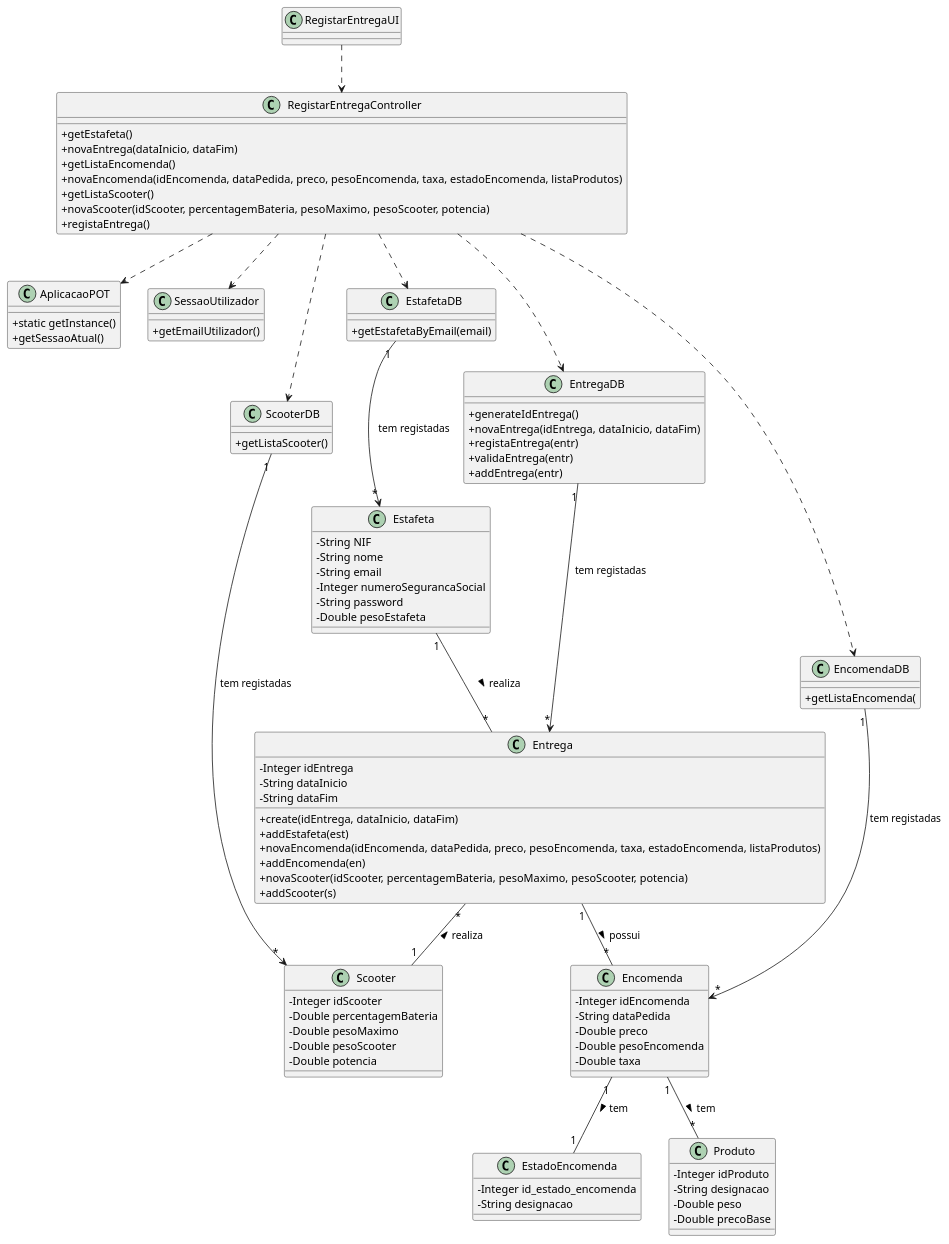
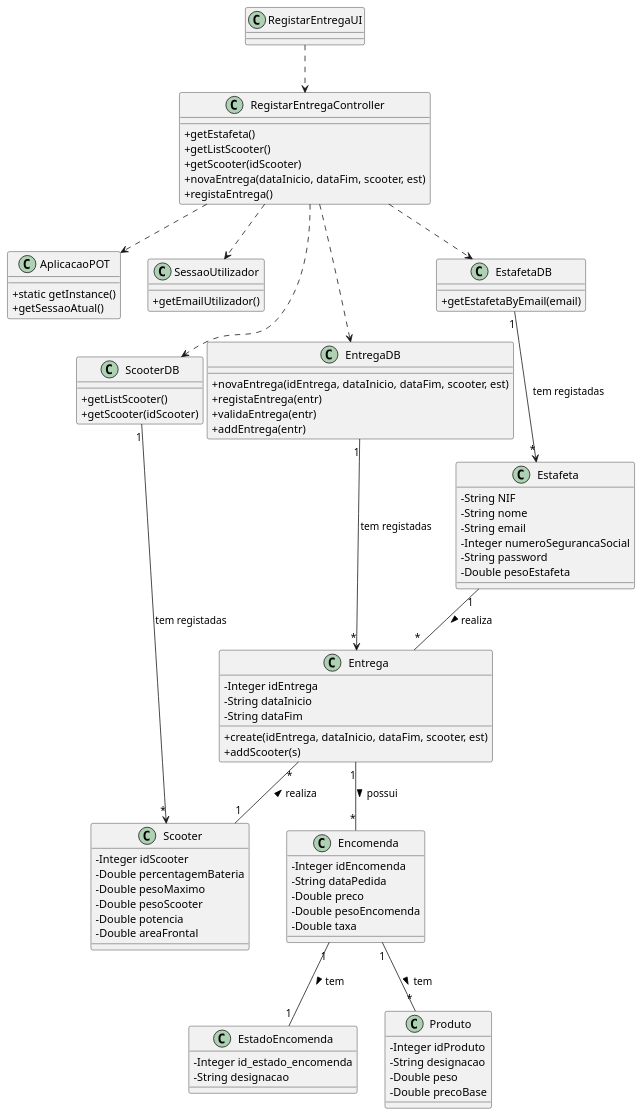
One commit to pedrolemos4/LAPR3 changed the diagram in docs/UC14/RegistoEntregaCD.puml. Above: the diagram before and after it, drawn with PlantUML. The commit also changed 7 other files, not shown here.

```diff
--- a/docs/UC14/RegistoEntregaCD.puml
+++ b/docs/UC14/RegistoEntregaCD.puml
@@ -1,114 +1,104 @@
 @startuml
 skinparam classAttributeIconSize 0
 
 class AplicacaoPOT{
   +static getInstance()
   +getSessaoAtual()
 }
 
 class SessaoUtilizador{
   +getEmailUtilizador()
 }
 
 class ScooterDB {
-  +getListaScooter()
+  +getListScooter()
+  +getScooter(idScooter)
 }
 
-class EncomendaDB {
-  +getListaEncomenda(
-}
 
 class Entrega {
   -Integer idEntrega
   -String dataInicio
   -String dataFim
-  +create(idEntrega, dataInicio, dataFim)
-  +addEstafeta(est)
-  +novaEncomenda(idEncomenda, dataPedida, preco, pesoEncomenda, taxa, estadoEncomenda, listaProdutos)
-  +addEncomenda(en)
-  +novaScooter(idScooter, percentagemBateria, pesoMaximo, pesoScooter, potencia)
+  +create(idEntrega, dataInicio, dataFim, scooter, est)
   +addScooter(s)
 }
 
 class EntregaDB {
-  +generateIdEntrega()
-  +novaEntrega(idEntrega, dataInicio, dataFim)
+  +novaEntrega(idEntrega, dataInicio, dataFim, scooter, est)
   +registaEntrega(entr)
   +validaEntrega(entr)
   +addEntrega(entr)
 }
 
 class EstafetaDB {
   +getEstafetaByEmail(email)
 }
 
 class RegistarEntregaController {
   +getEstafeta()
-  +novaEntrega(dataInicio, dataFim)
-  +getListaEncomenda()
-  +novaEncomenda(idEncomenda, dataPedida, preco, pesoEncomenda, taxa, estadoEncomenda, listaProdutos)
-  +getListaScooter()
-  +novaScooter(idScooter, percentagemBateria, pesoMaximo, pesoScooter, potencia)
+  +getListScooter()
+  +getScooter(idScooter)
+  +novaEntrega(dataInicio, dataFim, scooter, est)
   +registaEntrega()
 }
 
 class RegistarEntregaUI {
 }
 
 class Encomenda {
   -Integer idEncomenda
   -String dataPedida
   -Double preco
   -Double pesoEncomenda
   -Double taxa
 }
 
 class Estafeta {
   -String NIF
   -String nome
   -String email
   -Integer numeroSegurancaSocial
   -String password
   -Double pesoEstafeta
 }
 
 class Scooter {
   -Integer idScooter
   -Double percentagemBateria
   -Double pesoMaximo
   -Double pesoScooter
   -Double potencia
+  -Double areaFrontal
 }
 
 class EstadoEncomenda {
   -Integer id_estado_encomenda
   -String designacao
 }
 
 class Produto {
   -Integer idProduto
   -String designacao
   -Double peso
   -Double precoBase
 }
 
 RegistarEntregaUI ..> RegistarEntregaController
 
 RegistarEntregaController ..> EstafetaDB
 RegistarEntregaController ..> EntregaDB
-RegistarEntregaController ..> EncomendaDB
 RegistarEntregaController ..> ScooterDB
 RegistarEntregaController ..> AplicacaoPOT
 RegistarEntregaController ..> SessaoUtilizador
 
 EntregaDB "1" --> "*" Entrega : tem registadas
 EstafetaDB "1" --> "*" Estafeta : tem registadas
-EncomendaDB "1" --> "*" Encomenda : tem registadas
 ScooterDB "1" --> "*" Scooter : tem registadas
 Encomenda "1" -- "1" EstadoEncomenda : tem >
 Entrega "1" -- "*" Encomenda : possui >
 Estafeta "1" -- "*" Entrega: realiza >
 Entrega "*" -- "1" Scooter: realiza <
 Encomenda "1" -- "*" Produto: tem >
 
 @enduml
```
